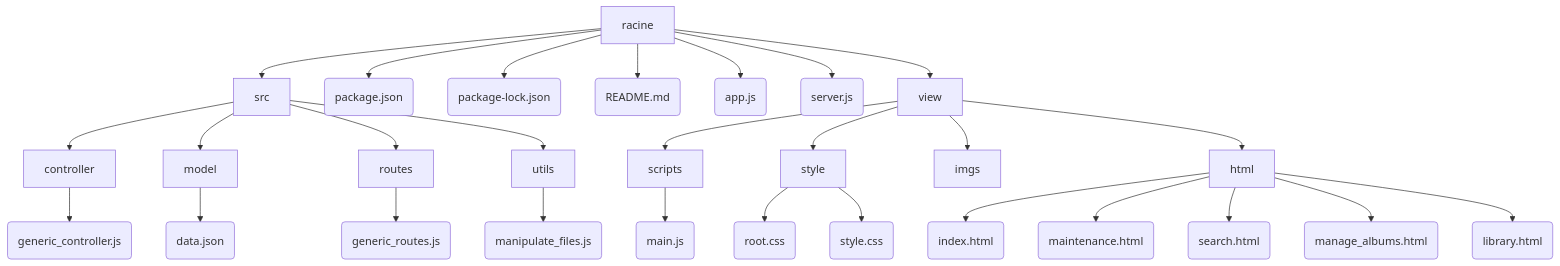
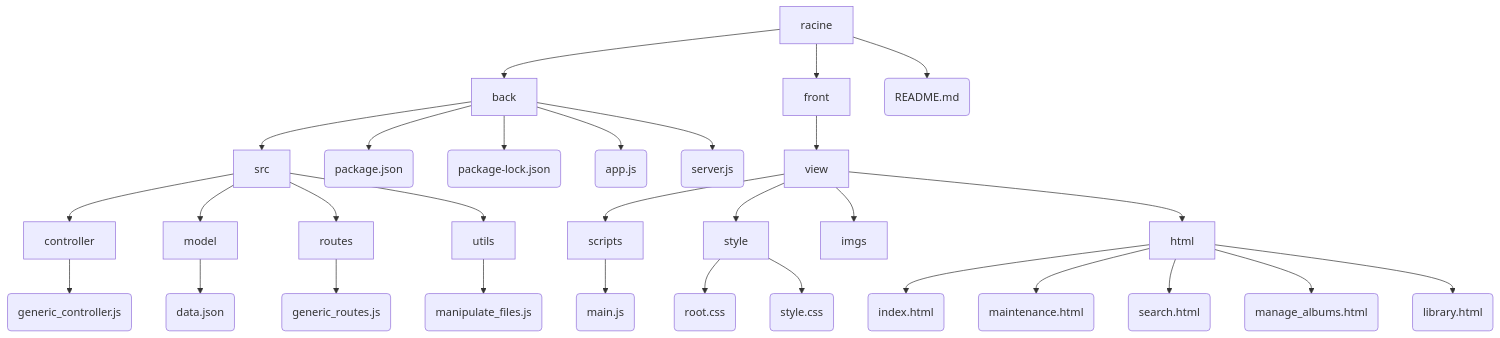
The diagram in README.md (MogwaiRGod/Eval_MVC), drawn with Mermaid before and after one commit.

````diff
--- a/README.md
+++ b/README.md
@@ -78,32 +78,34 @@
 ```mermaid
 graph TD
-    A --> B[src]
+    AA --> B[src]
     B --> K[controller]
     B --> L[model]
     B --> M[routes]
     B --> N[utils]
     K --> O(generic_controller.js)
     L --> P(data.json)
     M --> Q(generic_routes.js)
     N --> R(manipulate_files.js)
-    A --> T(package.json)
-    A --> U(package-lock.json)
-    A --> S(README.md)
-    A --> D(app.js)
-    A --> E(server.js)
+    AA --> T(package.json)
+    AA --> U(package-lock.json)
+    AA --> D(app.js)
+    AA --> E(server.js)
     C[view] --> F[scripts]
-    A[racine] --> C[view]
+    A[racine] -->  AA[back]
+    A --> BB[front]
+        A --> S(README.md)
+    BB --> C[view]
     C[view] --> G[style]
     C[view] --> V[imgs]
     C[view] --> W[html]
     W --> X(index.html)
     W --> Y(maintenance.html)
     W --> Z(search.html)
     W --> WW(manage_albums.html)
     W --> WX(library.html)
     G[style] --> H(root.css)
     G[style] --> I(style.css)
     F[scripts] --> J(main.js)
     
     
 ```
````
